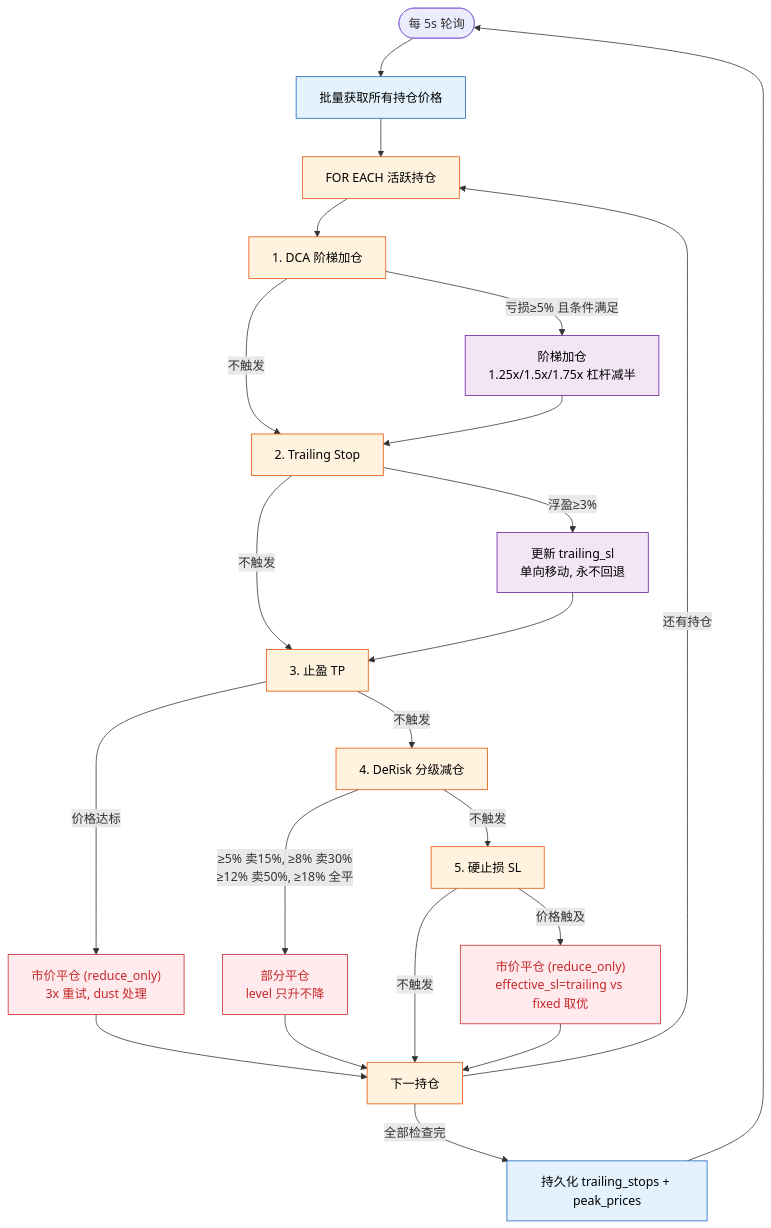
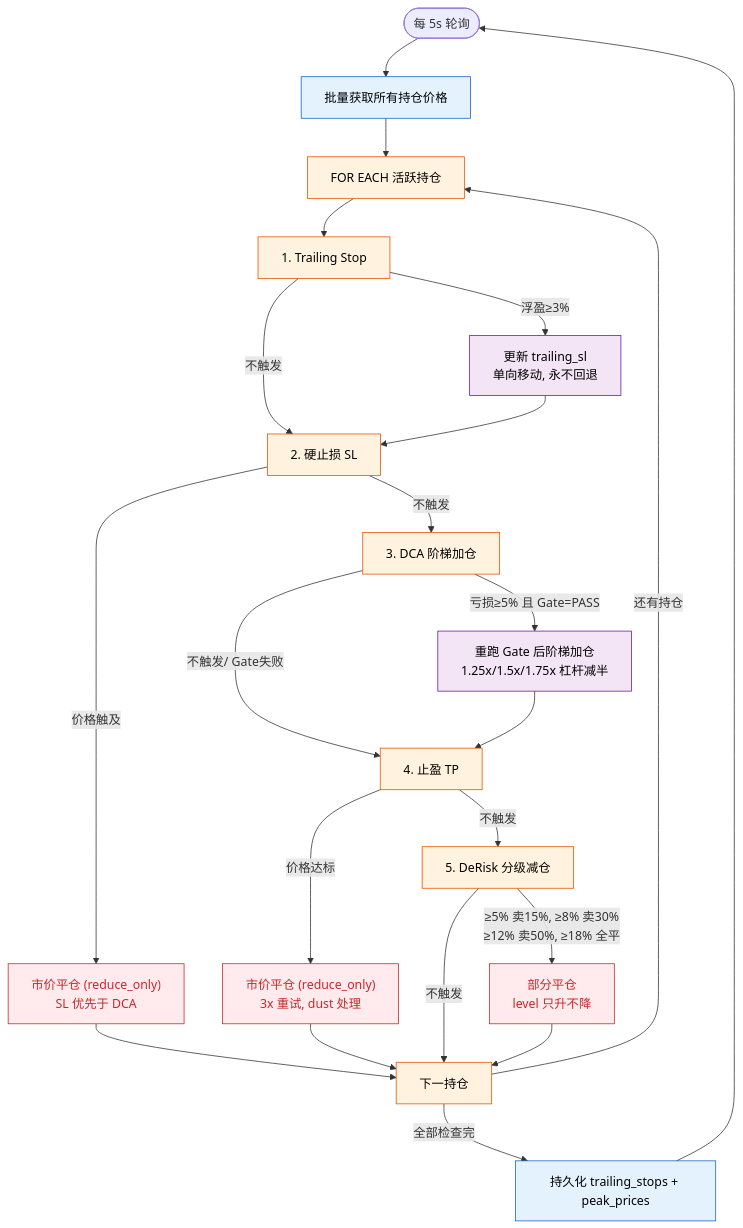
The fourth of 5 diagrams in docs/auto-trading-plan.md (zihpzhong/Vibe-Trading), drawn with Mermaid before and after one commit. The commit also changed other lines of this file and 16 other files, not shown here.

````diff
--- a/docs/auto-trading-plan.md
+++ b/docs/auto-trading-plan.md
@@ -240,39 +239,39 @@
 ```mermaid
 flowchart TD
     classDef proc fill:#e3f2fd,stroke:#1565c0,color:#000
     classDef dec fill:#fff3e0,stroke:#e65100,color:#000
     classDef action fill:#f3e5f5,stroke:#6a1b9a,color:#000
     classDef close fill:#ffebee,stroke:#c62828,color:#c62828
 
     LOOP(["每 5s 轮询"]) --> PRICE["批量获取所有持仓价格"]:::proc
     PRICE --> FOR["FOR EACH 活跃持仓"]:::dec
 
-    FOR --> DCA["1. DCA 阶梯加仓"]:::dec
-    DCA -->|亏损≥5% 且条件满足| DCA_EXEC["阶梯加仓<br>1.25x/1.5x/1.75x 杠杆减半"]:::action
-    DCA -->|不触发| TRAIL
+    FOR --> TRAIL["1. Trailing Stop"]:::dec
+    TRAIL -->|浮盈≥3%| TRAIL_EXEC["更新 trailing_sl<br>单向移动, 永不回退"]:::action
+    TRAIL -->|不触发| SL
 
-    DCA_EXEC --> TRAIL
-    TRAIL["2. Trailing Stop"]:::dec
-    TRAIL -->|浮盈≥3%| TRAIL_EXEC["更新 trailing_sl<br>单向移动, 永不回退"]:::action
-    TRAIL -->|不触发| TP
+    TRAIL_EXEC --> SL
+    SL["2. 硬止损 SL"]:::dec
+    SL -->|价格触及| SL_EXEC["市价平仓 (reduce_only)<br>SL 优先于 DCA"]:::close
+    SL -->|不触发| DCA
 
-    TRAIL_EXEC --> TP
-    TP["3. 止盈 TP"]:::dec
+    SL_EXEC --> NEXT
+    DCA["3. DCA 阶梯加仓"]:::dec
+    DCA -->|亏损≥5% 且 Gate=PASS| DCA_EXEC["重跑 Gate 后阶梯加仓<br>1.25x/1.5x/1.75x 杠杆减半"]:::action
+    DCA -->|不触发/ Gate失败| TP
+
+    DCA_EXEC --> TP
+    TP["4. 止盈 TP"]:::dec
     TP -->|价格达标| TP_EXEC["市价平仓 (reduce_only)<br>3x 重试, dust 处理"]:::close
     TP -->|不触发| DERISK
 
     TP_EXEC --> NEXT
-    DERISK["4. DeRisk 分级减仓"]:::dec
+    DERISK["5. DeRisk 分级减仓"]:::dec
     DERISK -->|≥5% 卖15%, ≥8% 卖30%<br>≥12% 卖50%, ≥18% 全平| DERISK_EXEC["部分平仓<br>level 只升不降"]:::close
-    DERISK -->|不触发| SL
+    DERISK -->|不触发| NEXT
 
     DERISK_EXEC --> NEXT
-    SL["5. 硬止损 SL"]:::dec
-    SL -->|价格触及| SL_EXEC["市价平仓 (reduce_only)<br>effective_sl=trailing vs fixed 取优"]:::close
-    SL -->|不触发| NEXT
-
-    SL_EXEC --> NEXT
     NEXT["下一持仓"]:::dec -->|还有持仓| FOR
     NEXT -->|全部检查完| PERSIST["持久化 trailing_stops + peak_prices"]:::proc
     PERSIST --> LOOP
 ```
````
